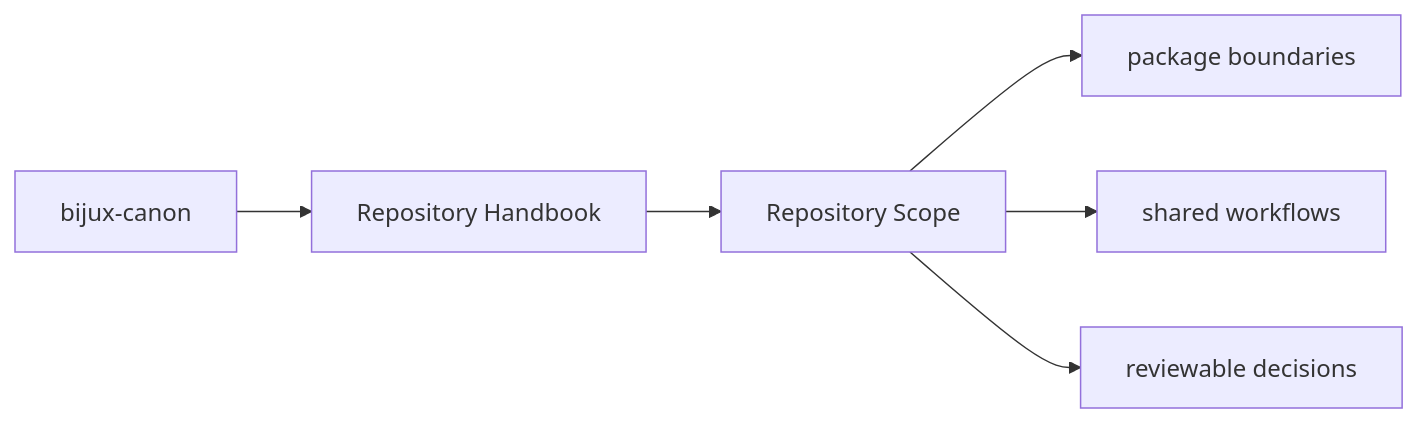
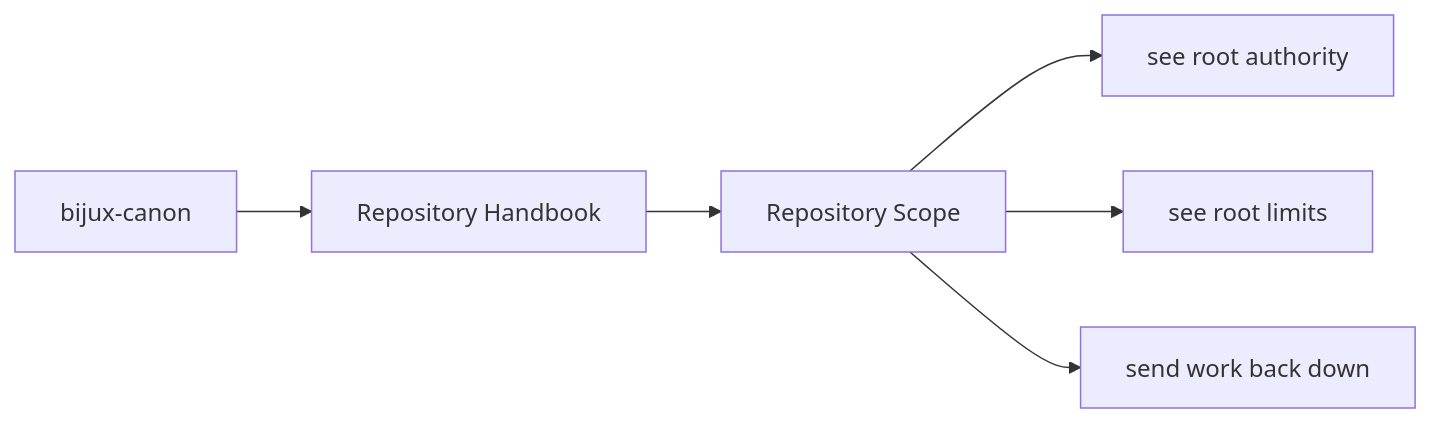
The first of 2 diagrams in docs/bijux-canon/repository-scope.md (bijux/bijux-canon), drawn with Mermaid before and after one commit. The commit also changed other lines of this file and 11 other files, not shown here.

Commit message:
docs(diagrams): clarify root handbook maps

````diff
--- a/docs/bijux-canon/repository-scope.md
+++ b/docs/bijux-canon/repository-scope.md
@@ -25,11 +25,11 @@
 ```mermaid
 flowchart LR
     scope["bijux-canon"] --> section["Repository Handbook"]
     section --> page["Repository Scope"]
-    dest1["package boundaries"]
-    dest2["shared workflows"]
-    dest3["reviewable decisions"]
+    dest1["see root authority"]
+    dest2["see root limits"]
+    dest3["send work back down"]
     page --> dest1
     page --> dest2
     page --> dest3
 ```
````
